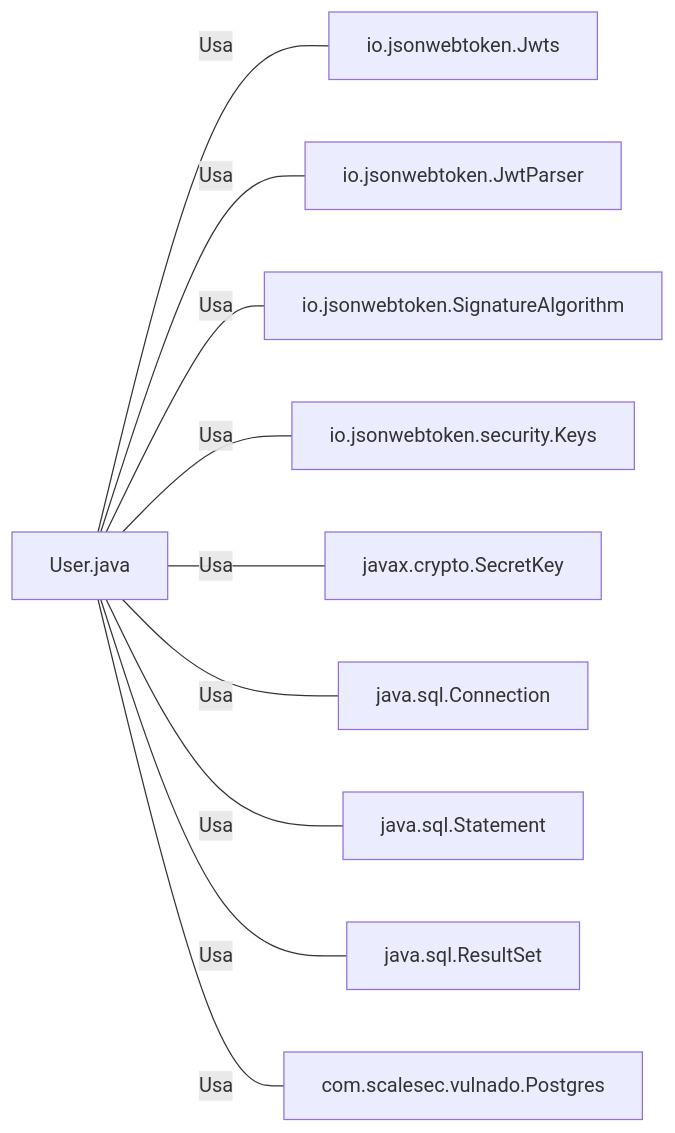
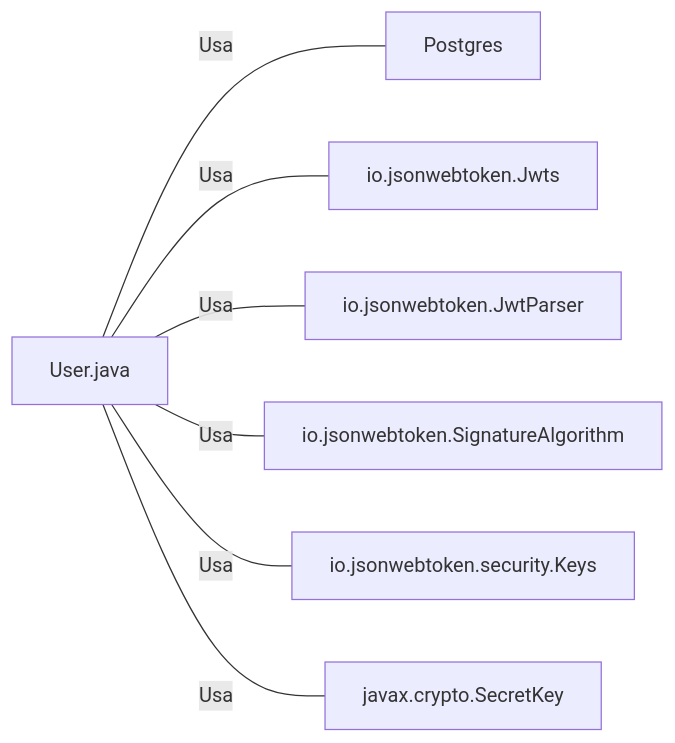
The second of 2 diagrams in wiki/src/test/java/com/scalesec/vulnado/User.java.md.java.md (gftaimpact/demo-java-citi), drawn with Mermaid before and after one commit. The commit also changed other lines of this file and 1 other file, not shown here.

````diff
--- a/wiki/src/test/java/com/scalesec/vulnado/User.java.md.java.md
+++ b/wiki/src/test/java/com/scalesec/vulnado/User.java.md.java.md
@@ -25,12 +21,9 @@
 ```mermaid
 graph LR
+    User.java --- |"Usa"| Postgres
     User.java --- |"Usa"| io.jsonwebtoken.Jwts
     User.java --- |"Usa"| io.jsonwebtoken.JwtParser
     User.java --- |"Usa"| io.jsonwebtoken.SignatureAlgorithm
     User.java --- |"Usa"| io.jsonwebtoken.security.Keys
     User.java --- |"Usa"| javax.crypto.SecretKey
-    User.java --- |"Usa"| java.sql.Connection
-    User.java --- |"Usa"| java.sql.Statement
-    User.java --- |"Usa"| java.sql.ResultSet
-    User.java --- |"Usa"| com.scalesec.vulnado.Postgres
 ```
````
